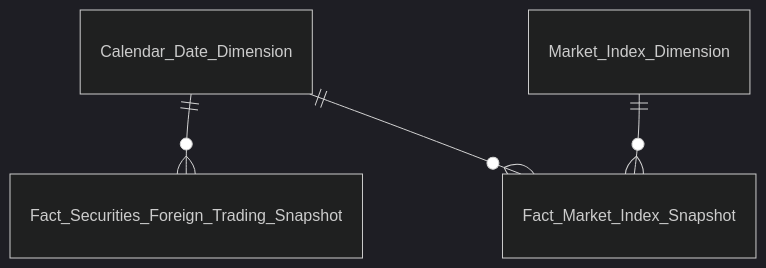
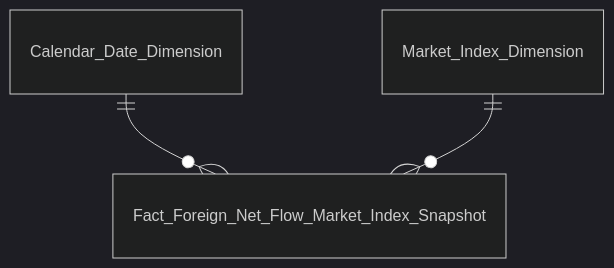
One commit to linhlvit/ubck_atomic_design changed the third of 4 diagrams in Datamart/hld/DTM_NDTNN_Entities.md. Above: the diagram before and after it, drawn with Mermaid (dark theme). The commit also changed other lines of this file and 9 other files, not shown here.

````diff
--- a/Datamart/hld/DTM_NDTNN_Entities.md
+++ b/Datamart/hld/DTM_NDTNN_Entities.md
@@ -49,6 +49,5 @@
 ```mermaid
 erDiagram
-    Calendar_Date_Dimension ||--o{ Fact_Securities_Foreign_Trading_Snapshot : " "
-    Calendar_Date_Dimension ||--o{ Fact_Market_Index_Snapshot : " "
-    Market_Index_Dimension ||--o{ Fact_Market_Index_Snapshot : " "
+    Calendar_Date_Dimension ||--o{ Fact_Foreign_Net_Flow_Market_Index_Snapshot : " "
+    Market_Index_Dimension ||--o{ Fact_Foreign_Net_Flow_Market_Index_Snapshot : " "
 ```
````
